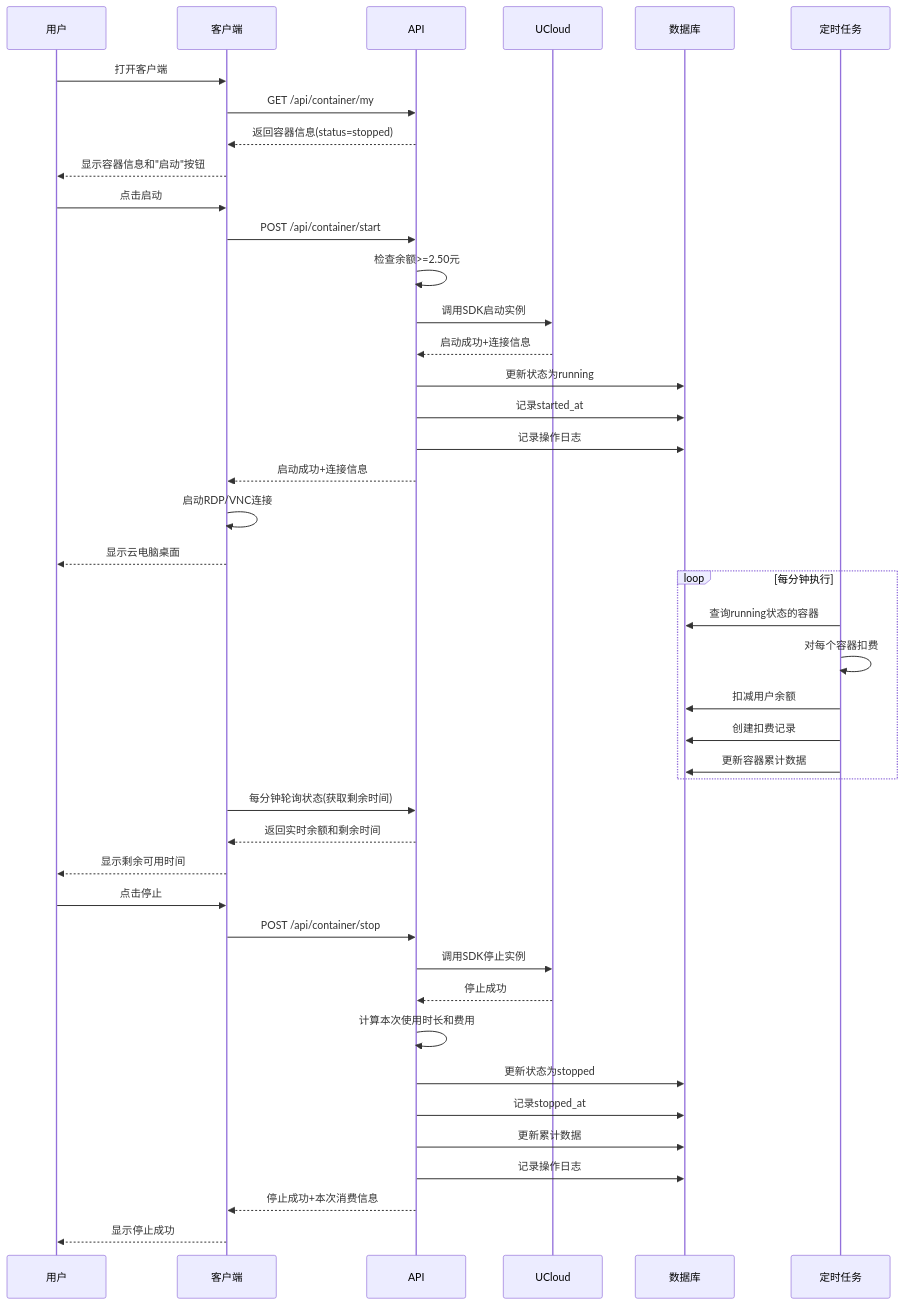
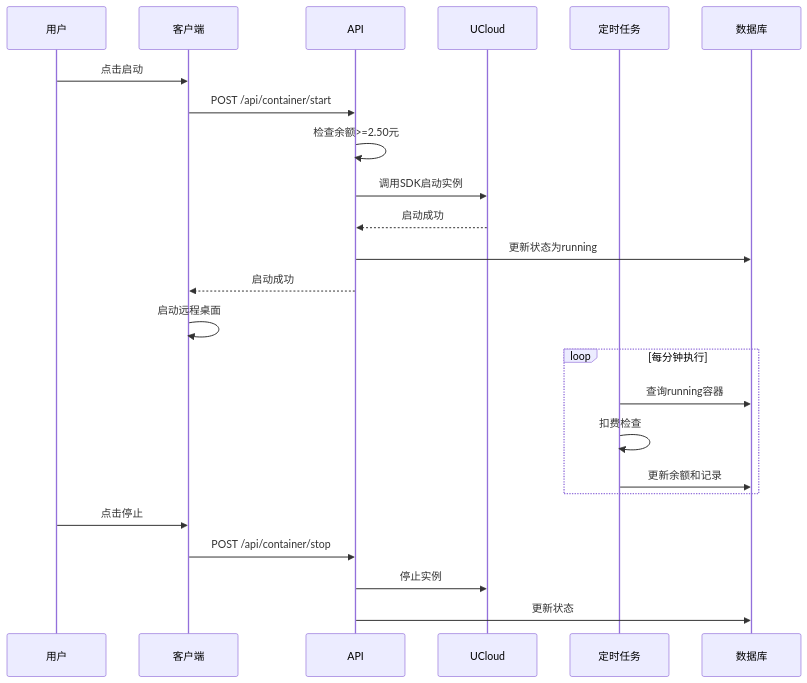
One commit to BIE5462/Ucloud_admin changed the second of 3 diagrams in 云电脑容器管理系统-设计文档.md. Above: the diagram before and after it, drawn with Mermaid. The commit also changed other lines of this file and 7 other files, not shown here.

````diff
--- a/云电脑容器管理系统-设计文档.md
+++ b/云电脑容器管理系统-设计文档.md
@@ -1092,50 +559,28 @@
 ```mermaid
 sequenceDiagram
     participant 用户
     participant 客户端
     participant API
     participant UCloud
-    participant 数据库
     participant 定时任务
-    
-    用户->>客户端: 打开客户端
-    客户端->>API: GET /api/container/my
-    API-->>客户端: 返回容器信息(status=stopped)
-    客户端-->>用户: 显示容器信息和"启动"按钮
     
     用户->>客户端: 点击启动
     客户端->>API: POST /api/container/start
     API->>API: 检查余额>=2.50元
     API->>UCloud: 调用SDK启动实例
-    UCloud-->>API: 启动成功+连接信息
+    UCloud-->>API: 启动成功
     API->>数据库: 更新状态为running
-    API->>数据库: 记录started_at
-    API->>数据库: 记录操作日志
-    API-->>客户端: 启动成功+连接信息
-    客户端->>客户端: 启动RDP/VNC连接
-    客户端-->>用户: 显示云电脑桌面
+    API-->>客户端: 启动成功
+    客户端->>客户端: 启动远程桌面
     
     loop 每分钟执行
-        定时任务->>数据库: 查询running状态的容器
-        定时任务->>定时任务: 对每个容器扣费
-        定时任务->>数据库: 扣减用户余额
-        定时任务->>数据库: 创建扣费记录
-        定时任务->>数据库: 更新容器累计数据
+        定时任务->>数据库: 查询running容器
+        定时任务->>定时任务: 扣费检查
+        定时任务->>数据库: 更新余额和记录
     end
-    
-    客户端->>API: 每分钟轮询状态(获取剩余时间)
-    API-->>客户端: 返回实时余额和剩余时间
-    客户端-->>用户: 显示剩余可用时间
     
     用户->>客户端: 点击停止
     客户端->>API: POST /api/container/stop
-    API->>UCloud: 调用SDK停止实例
-    UCloud-->>API: 停止成功
-    API->>API: 计算本次使用时长和费用
-    API->>数据库: 更新状态为stopped
-    API->>数据库: 记录stopped_at
-    API->>数据库: 更新累计数据
-    API->>数据库: 记录操作日志
-    API-->>客户端: 停止成功+本次消费信息
-    客户端-->>用户: 显示停止成功
+    API->>UCloud: 停止实例
+    API->>数据库: 更新状态
 ```
````
